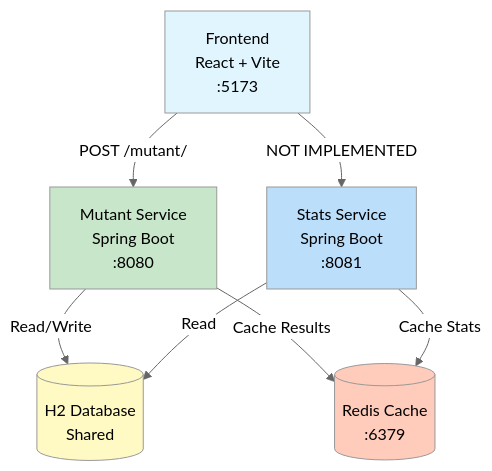
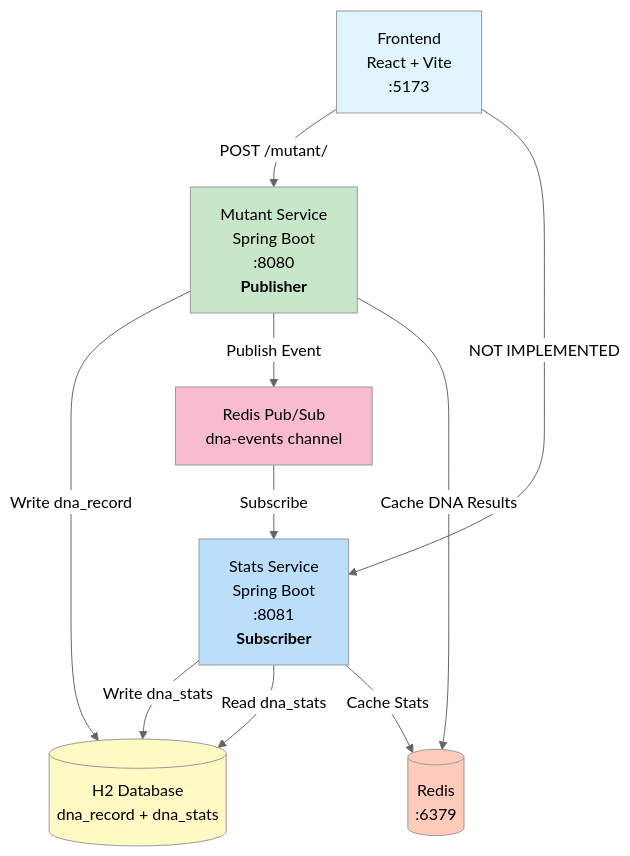
The diagram in README.md (darenhart/synapse-java-react), drawn with Mermaid (neutral theme) before and after one commit. The commit also changed other lines of this file and 22 other files, not shown here.

Commit message:
Use message queue (event-driven) architecture with Redis Pub/Sub to avoid tight coupling between services

````diff
--- a/README.md
+++ b/README.md
@@ -45,25 +57,31 @@
 ```mermaid
 graph TB
     Frontend[Frontend<br/>React + Vite<br/>:5173]
 
-    Mutant[Mutant Service<br/>Spring Boot<br/>:8080]
-    Stats[Stats Service<br/>Spring Boot<br/>:8081]
+    Mutant[Mutant Service<br/>Spring Boot<br/>:8080<br/><b>Publisher</b>]
+    Stats[Stats Service<br/>Spring Boot<br/>:8081<br/><b>Subscriber</b>]
 
-    DB[(H2 Database<br/>Shared)]
-    Redis[(Redis Cache<br/>:6379)]
+    DB[(H2 Database<br/>dna_record + dna_stats)]
+    Redis[(Redis<br/>:6379)]
+    PubSub[Redis Pub/Sub<br/>dna-events channel]
 
     Frontend -->|POST /mutant/| Mutant
     Frontend -->|NOT IMPLEMENTED| Stats
 
-    Mutant -->|Read/Write| DB
-    Stats -->|Read| DB
+    Mutant -->|Write dna_record| DB
+    Stats -->|Write dna_stats| DB
+    Stats -->|Read dna_stats| DB
 
-    Mutant -->|Cache Results| Redis
+    Mutant -->|Publish Event| PubSub
+    PubSub -->|Subscribe| Stats
+
+    Mutant -->|Cache DNA Results| Redis
     Stats -->|Cache Stats| Redis
 
     style Frontend fill:#e1f5ff
     style Mutant fill:#c8e6c9
     style Stats fill:#bbdefb
     style DB fill:#fff9c4
     style Redis fill:#ffccbc
+    style PubSub fill:#f8bbd0
 ```
````
